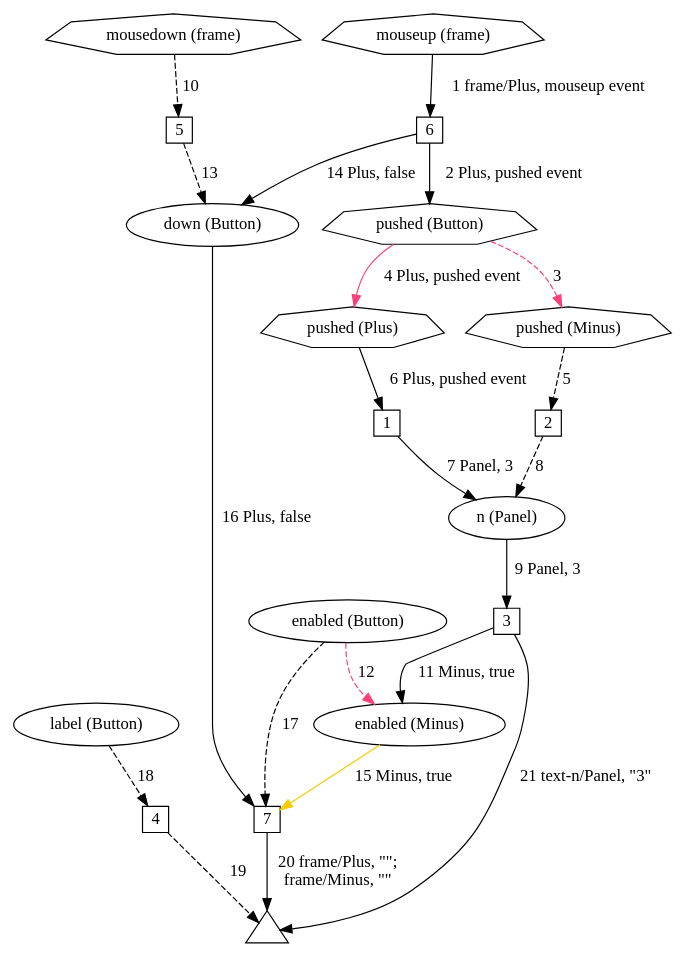
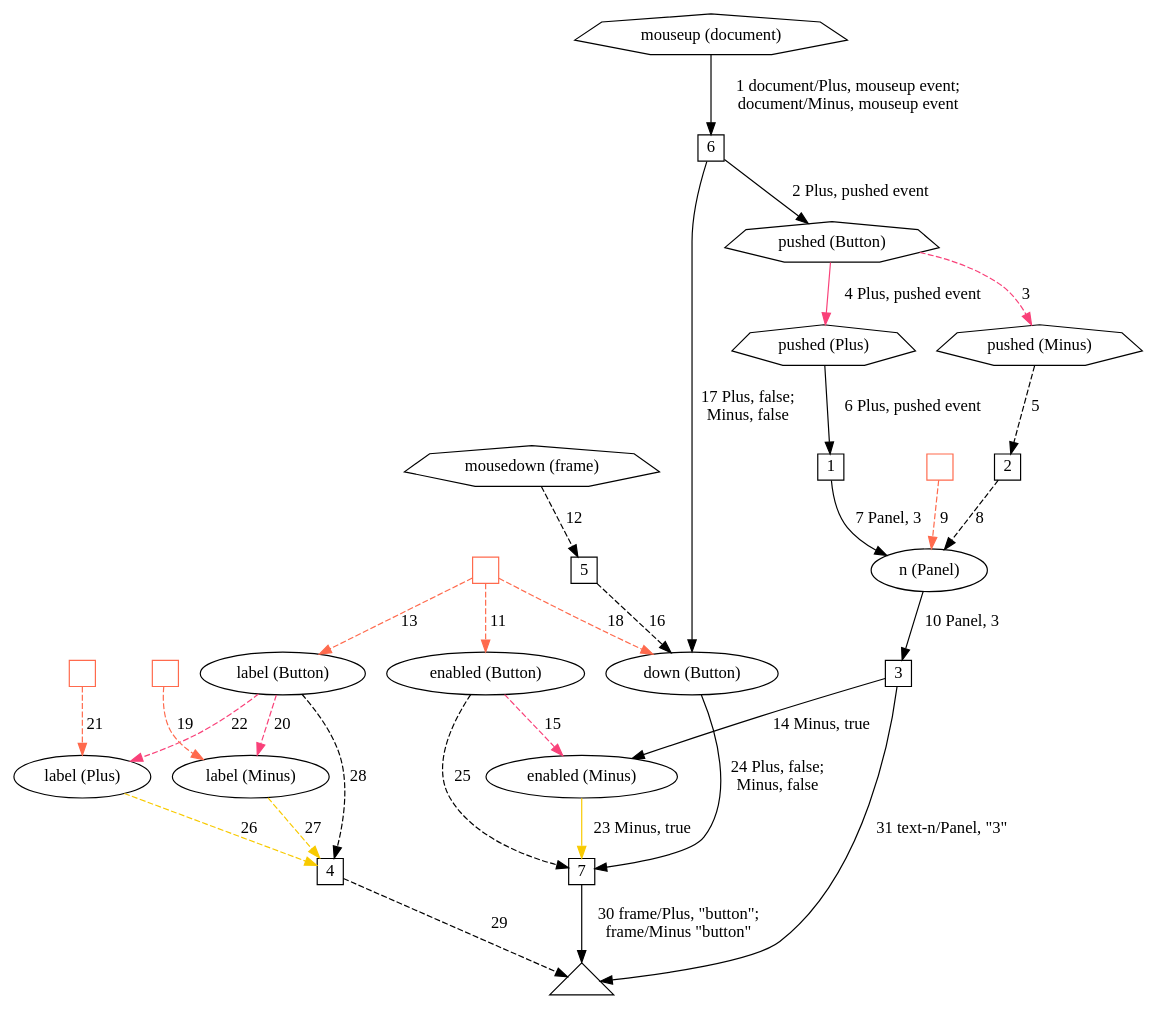
Before and after one commit to bendr/bender: the diagram in doc/fig/graph-traverse.gv, drawn with Graphviz. The commit also changed 15 other files, not shown here.

```diff
--- a/doc/fig/graph-traverse.gv
+++ b/doc/fig/graph-traverse.gv
@@ -1,46 +1,61 @@
 digraph bender {
-  node [fontname="Avenir Next"];
-  edge [fontname="Avenir Next"];
+  node [fontname="Avenir Next"]
+  edge [fontname="Avenir Next"]
 
-  t [label="", shape=triangle, fixedsize=true, width=0.5];
-  w4 [label="4", shape=square, fixedsize=true, width=0.3];
-  label [label="label (Button)"];
-  w5 [label="5", shape=square, fixedsize=true, width=0.3];
-  mousedown [label="mousedown (frame)", shape=septagon];
-  down [label="down (Button)"];
-  w6 [label="6", shape=square, fixedsize=true, width=0.3];
-  mouseup [label="mouseup (frame)", shape=septagon];
-  pushed [label="pushed (Button)", shape=septagon];
-  w7 [label="7", shape=square, fixedsize=true, width=0.3];
-  enabled [label="enabled (Button)"];
-  w1 [label="1", shape=square, fixedsize=true, width=0.3];
-  ppushed [label="pushed (Plus)", shape=septagon];
-  n [label="n (Panel)"];
-  w2 [label="2", shape=square, fixedsize=true, width=0.3];
-  mpushed [label="pushed (Minus)", shape=septagon];
-  w3 [label="3", shape=square, fixedsize=true, width=0.3];
-  menabled [label="enabled (Minus)"];
+  v0 [shape=triangle, label=""]
+  v1 [label="", shape=square, fixedsize=true, width=0.3, color="#ff6a4d"]
+  v2 [label="label (Button)"]
+  v3 [label="enabled (Button)"]
+  v4 [label="down (Button)"]
+  v5 [label="4", shape=square, fixedsize=true, width=0.3]
+  v6 [label="5", shape=square, fixedsize=true, width=0.3]
+  v7 [label="mousedown (frame)", shape=septagon]
+  v8 [label="6", shape=square, fixedsize=true, width=0.3]
+  v9 [label="mouseup (document)", shape=septagon]
+  v10 [label="pushed (Button)", shape=septagon]
+  v11 [label="7", shape=square, fixedsize=true, width=0.3]
+  v12 [label="", shape=square, fixedsize=true, width=0.3, color="#ff6a4d"]
+  v13 [label="label (Plus)"]
+  v14 [label="", shape=square, fixedsize=true, width=0.3, color="#ff6a4d"]
+  v15 [label="label (Minus)"]
+  v16 [label="", shape=square, fixedsize=true, width=0.3, color="#ff6a4d"]
+  v17 [label="n (Panel)"]
+  v18 [label="1", shape=square, fixedsize=true, width=0.3]
+  v19 [label="pushed (Plus)", shape=septagon]
+  v20 [label="2", shape=square, fixedsize=true, width=0.3]
+  v21 [label="pushed (Minus)", shape=septagon]
+  v22 [label="3", shape=square, fixedsize=true, width=0.3]
+  v23 [label="enabled (Minus)"]
 
-  mouseup -> w6 [label=" 1 frame/Plus, mouseup event"];
-  w6 -> pushed [label=" 2 Plus, pushed event"];
-  pushed -> mpushed [label=" 3", color="#f94179", style=dashed];
-  pushed -> ppushed [label=" 4 Plus, pushed event", color="#f94179"];
-  mpushed -> w2 [label=" 5", style=dashed];
-  ppushed -> w1 [label=" 6 Plus, pushed event"];
-  w1 -> n [label=" 7 Panel, 3"];
-  w2 -> n [label=" 8", style=dashed];
-  n -> w3 [label=" 9 Panel, 3"];
-  mousedown -> w5 [label=" 10", style=dashed];
-  w3 -> menabled [label=" 11 Minus, true"];
-  enabled -> menabled [label=" 12", color="#f94179", style=dashed];
-  w5 -> down [label=" 13", style=dashed];
-  w6 -> down [label=" 14 Plus, false"];
-  menabled -> w7 [label=" 15 Minus, true", color="#f8ca00"];
-  down -> w7 [label=" 16 Plus, false"];
-  enabled -> w7 [label=" 17", style=dashed];
-  label -> w4 [label=" 18", style=dashed];
-  w4 -> t [label=" 19", style=dashed];
-  w7 -> t [label=" 20 frame/Plus, \"\";\n frame/Minus, \"\""];
-  w3 -> t [label=" 21 text-n/Panel, \"3\""];
-
+  v9 -> v8 [label=" 1 document/Plus, mouseup event;\n document/Minus, mouseup event", color="#000000"]
+  v8 -> v10 [label=" 2 Plus, pushed event", color="#000000"]
+  v10 -> v21 [label=" 3", style=dashed, color="#f94179"]
+  v10 -> v19 [label=" 4 Plus, pushed event", color="#f94179"]
+  v21 -> v20 [label=" 5", style=dashed, color="#000000"]
+  v19 -> v18 [label=" 6 Plus, pushed event", color="#000000"]
+  v18 -> v17 [label=" 7 Panel, 3", color="#000000"]
+  v20 -> v17 [label=" 8", style=dashed, color="#000000"]
+  v16 -> v17 [label=" 9", style=dashed, color="#ff6a4d"]
+  v17 -> v22 [label=" 10 Panel, 3", color="#000000"]
+  v1 -> v3 [label=" 11", style=dashed, color="#ff6a4d"]
+  v7 -> v6 [label=" 12", style=dashed, color="#000000"]
+  v1 -> v2 [label=" 13", style=dashed, color="#ff6a4d"]
+  v22 -> v23 [label=" 14 Minus, true", color="#000000"]
+  v3 -> v23 [label=" 15", style=dashed, color="#f94179"]
+  v6 -> v4 [label=" 16", style=dashed, color="#000000"]
+  v8 -> v4 [label=" 17 Plus, false;\n Minus, false", color="#000000"]
+  v1 -> v4 [label=" 18", style=dashed, color="#ff6a4d"]
+  v14 -> v15 [label=" 19", style=dashed, color="#ff6a4d"]
+  v2 -> v15 [label=" 20", style=dashed, color="#f94179"]
+  v12 -> v13 [label=" 21", style=dashed, color="#ff6a4d"]
+  v2 -> v13 [label=" 22", style=dashed, color="#f94179"]
+  v23 -> v11 [label=" 23 Minus, true", color="#f8ca00"]
+  v4 -> v11 [label=" 24 Plus, false;\n Minus, false", color="#000000"]
+  v3 -> v11 [label=" 25", style=dashed, color="#000000"]
+  v13 -> v5 [label=" 26", style=dashed, color="#f8ca00"]
+  v15 -> v5 [label=" 27", style=dashed, color="#f8ca00"]
+  v2 -> v5 [label=" 28", style=dashed, color="#000000"]
+  v5 -> v0 [label=" 29", style=dashed, color="#000000"]
+  v11 -> v0 [label=" 30 frame/Plus, \"button\";\nframe/Minus \"button\"", color="#000000"]
+  v22 -> v0 [label=" 31 text-n/Panel, \"3\"", color="#000000"]
 }
```
